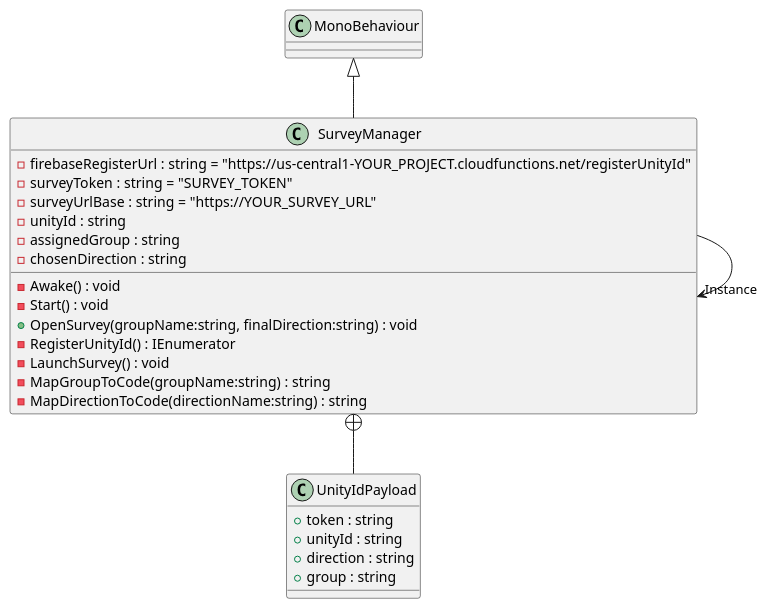
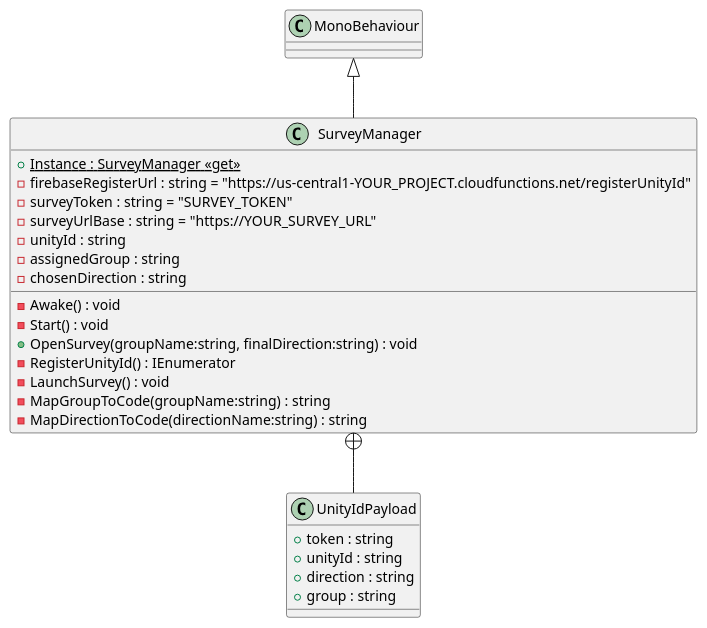
One commit to RadicalReptile/ToadRunnerStudy changed the diagram in UML/Assets/Scripts/SurveyManager.puml. Above: the diagram before and after it, drawn with PlantUML. The commit also changed 15 other files, not shown here.

Commit message:
Generate UML (Generate UML)

```diff
--- a/UML/Assets/Scripts/SurveyManager.puml
+++ b/UML/Assets/Scripts/SurveyManager.puml
@@ -1,26 +1,26 @@
 @startuml
 class SurveyManager {
+    + {static} Instance : SurveyManager <<get>>
     - firebaseRegisterUrl : string = "https://us-central1-YOUR_PROJECT.cloudfunctions.net/registerUnityId"
     - surveyToken : string = "SURVEY_TOKEN"
     - surveyUrlBase : string = "https://YOUR_SURVEY_URL"
     - unityId : string
     - assignedGroup : string
     - chosenDirection : string
     - Awake() : void
     - Start() : void
     + OpenSurvey(groupName:string, finalDirection:string) : void
     - RegisterUnityId() : IEnumerator
     - LaunchSurvey() : void
     - MapGroupToCode(groupName:string) : string
     - MapDirectionToCode(directionName:string) : string
 }
 class UnityIdPayload {
     + token : string
     + unityId : string
     + direction : string
     + group : string
 }
 MonoBehaviour <|-- SurveyManager
-SurveyManager --> "Instance" SurveyManager
 SurveyManager +-- UnityIdPayload
 @enduml
```
